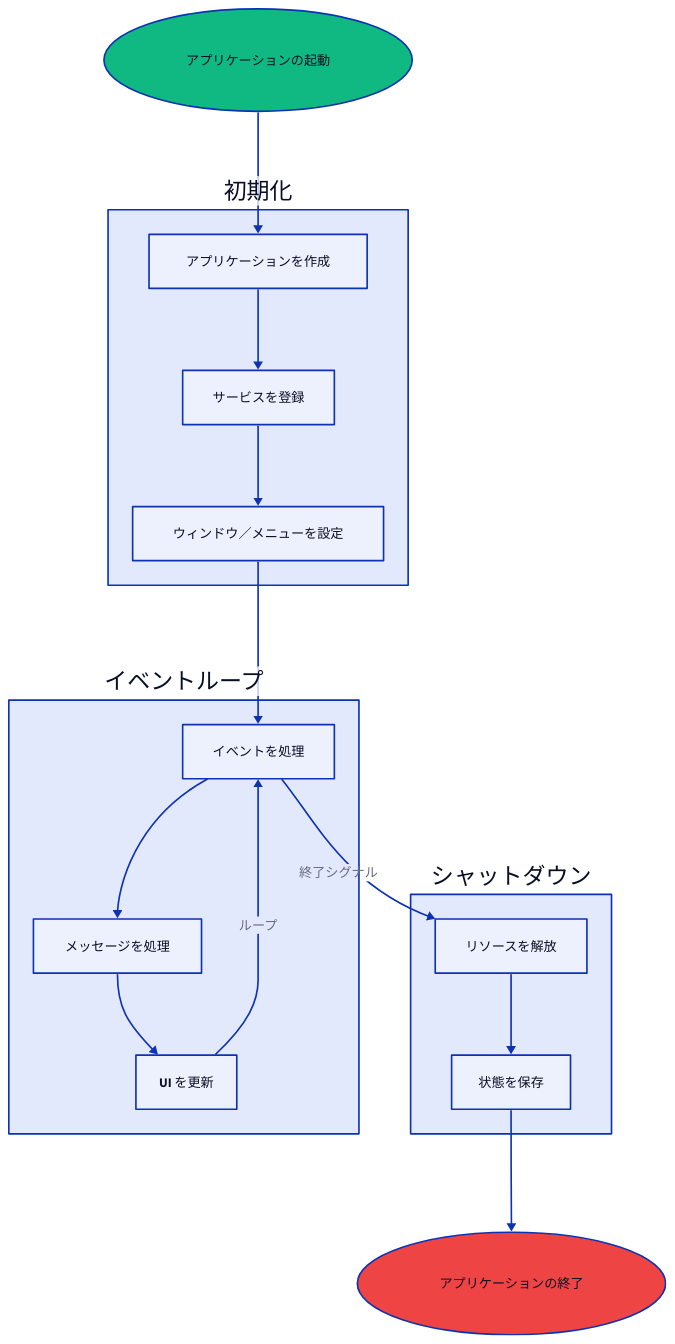
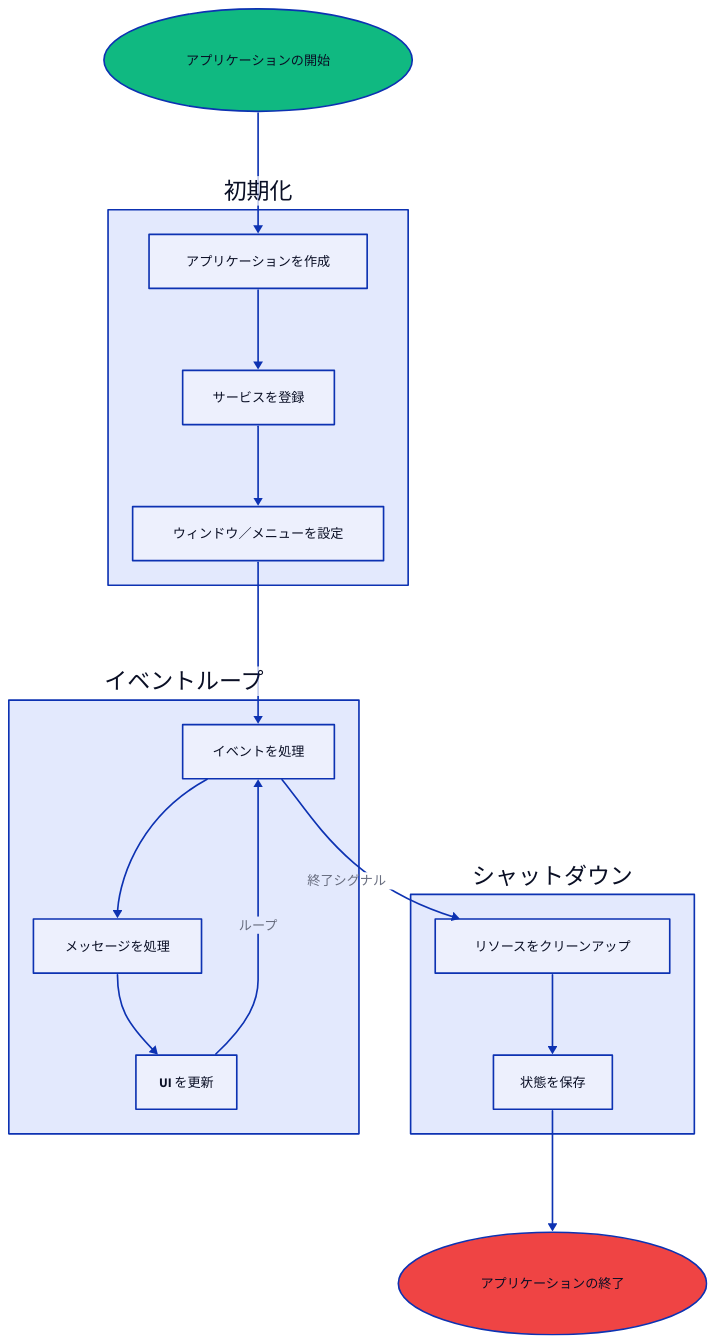
The fourth of 8 diagrams in docs/mpress/content/ja/concepts/architecture.md (wailsapp/wails), drawn with D2 before and after one commit. The commit also changed other lines of this file and 1096 other files, not shown here.

````diff
--- a/docs/mpress/content/ja/concepts/architecture.md
+++ b/docs/mpress/content/ja/concepts/architecture.md
@@ -258,62 +258,62 @@
 ```d2
 direction: down
 
-Start: アプリケーションの起動 {
+Start: アプリケーションの開始 {
   shape: oval
   style.fill: "#10B981"
 }
 
 Init: 初期化 {
   Create: アプリケーションを作成 {
     shape: rectangle
   }
 
   Register: サービスを登録 {
     shape: rectangle
   }
 
   Setup: ウィンドウ／メニューを設定 {
     shape: rectangle
   }
 }
 
 Run: イベントループ {
   Events: イベントを処理 {
     shape: rectangle
   }
 
   Messages: メッセージを処理 {
     shape: rectangle
   }
 
   Render: UI を更新 {
     shape: rectangle
   }
 }
 
 Shutdown: シャットダウン {
-  Cleanup: リソースを解放 {
+  Cleanup: リソースをクリーンアップ {
     shape: rectangle
   }
 
   Save: 状態を保存 {
     shape: rectangle
   }
 }
 
 End: アプリケーションの終了 {
   shape: oval
   style.fill: "#EF4444"
 }
 
 Start -> Init.Create
 Init.Create -> Init.Register
 Init.Register -> Init.Setup
 Init.Setup -> Run.Events
 Run.Events -> Run.Messages
 Run.Messages -> Run.Render
 Run.Render -> Run.Events: ループ
 Run.Events -> Shutdown.Cleanup: 終了シグナル
 Shutdown.Cleanup -> Shutdown.Save
 Shutdown.Save -> End
 ```
````
